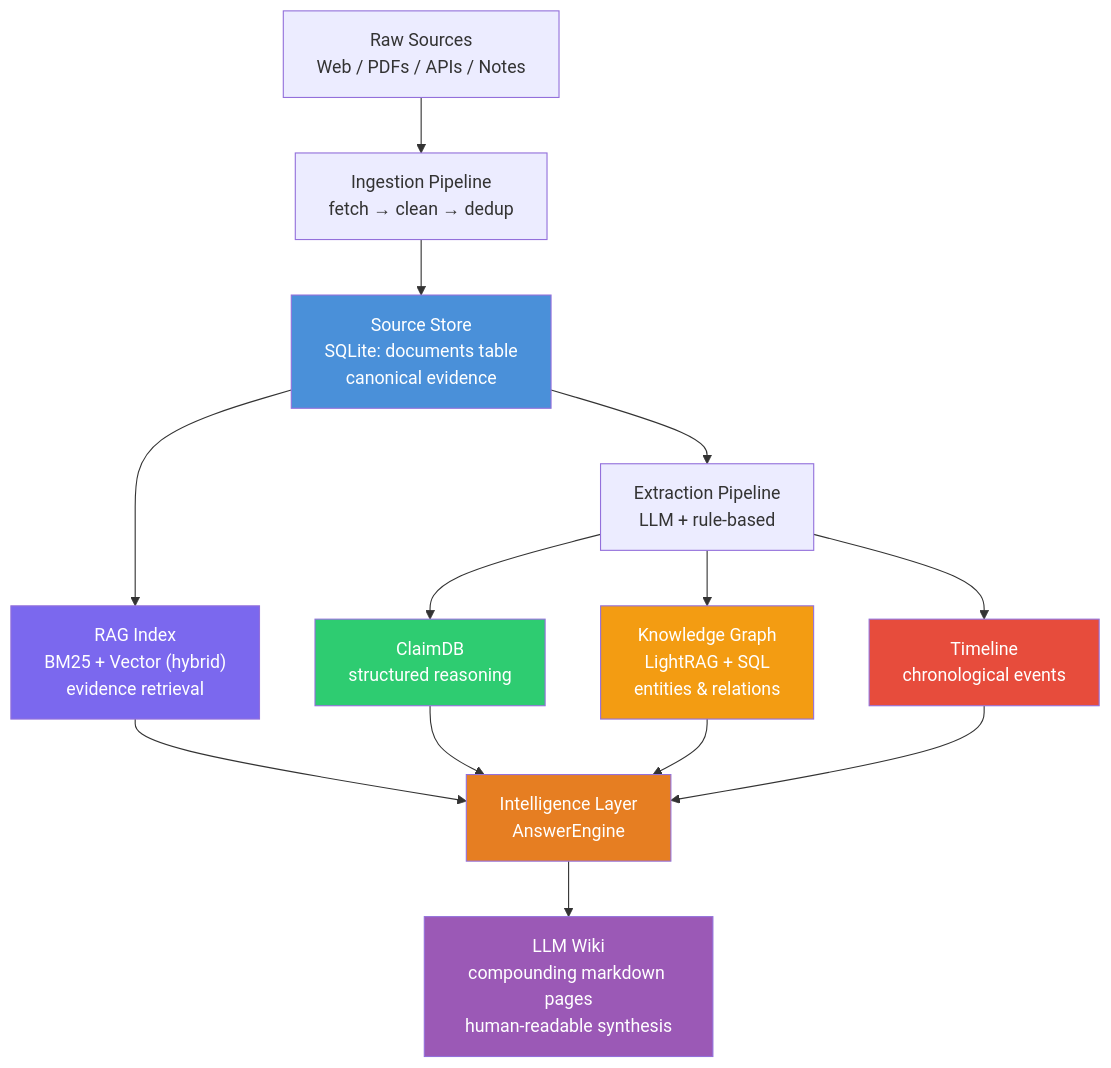
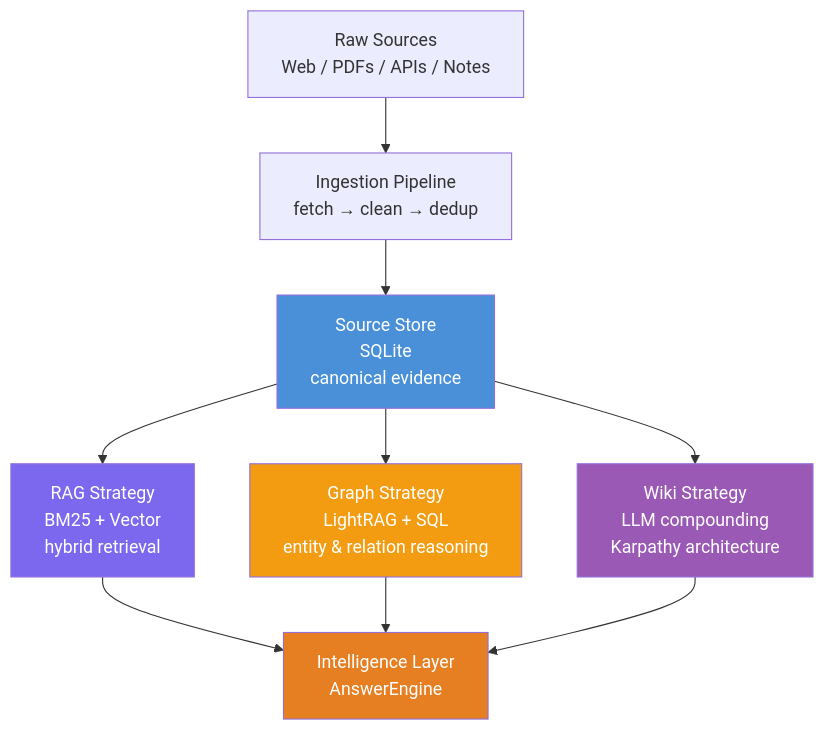
The diagram in README.md (fayememe/softwiki), drawn with Mermaid before and after one commit.

Commit message:
readme: restructure diagram into 3 parallel strategies (RAG, Graph, Wiki)
Ultraworked with [Sisyphus](https://github.com/code-yeongyu/oh-my-openagent)

````diff
--- a/README.md
+++ b/README.md
@@ -5,27 +5,20 @@
 ```mermaid
 graph TD
     RS["Raw Sources<br/>Web / PDFs / APIs / Notes"] --> ING["Ingestion Pipeline<br/>fetch → clean → dedup"]
 
-    ING --> SS["Source Store<br/>SQLite: documents table<br/>canonical evidence"]
-    SS --> RAG["RAG Index<br/>BM25 + Vector (hybrid)<br/>evidence retrieval"]
-    SS --> EX["Extraction Pipeline<br/>LLM + rule-based"]
+    ING --> SS["Source Store<br/>SQLite<br/>canonical evidence"]
 
-    EX --> CDB["ClaimDB<br/>structured reasoning"]
-    EX --> KG["Knowledge Graph<br/>LightRAG + SQL<br/>entities & relations"]
-    EX --> TL["Timeline<br/>chronological events"]
+    SS --> STR1["RAG Strategy<br/>BM25 + Vector<br/>hybrid retrieval"]
+    SS --> STR2["Graph Strategy<br/>LightRAG + SQL<br/>entity & relation reasoning"]
+    SS --> STR3["Wiki Strategy<br/>LLM compounding<br/>Karpathy architecture"]
 
-    RAG --> INTEL["Intelligence Layer<br/>AnswerEngine"]
-    CDB --> INTEL
-    KG --> INTEL
-    TL --> INTEL
-
-    INTEL --> WIKI["LLM Wiki<br/>compounding markdown pages<br/>human-readable synthesis"]
+    STR1 --> INTEL["Intelligence Layer<br/>AnswerEngine"]
+    STR2 --> INTEL
+    STR3 --> INTEL
 
     style SS fill:#4a90d9,color:#fff
-    style RAG fill:#7b68ee,color:#fff
-    style CDB fill:#2ecc71,color:#fff
-    style KG fill:#f39c12,color:#fff
-    style TL fill:#e74c3c,color:#fff
-    style WIKI fill:#9b59b6,color:#fff
+    style STR1 fill:#7b68ee,color:#fff
+    style STR2 fill:#f39c12,color:#fff
+    style STR3 fill:#9b59b6,color:#fff
     style INTEL fill:#e67e22,color:#fff
 ```
````
